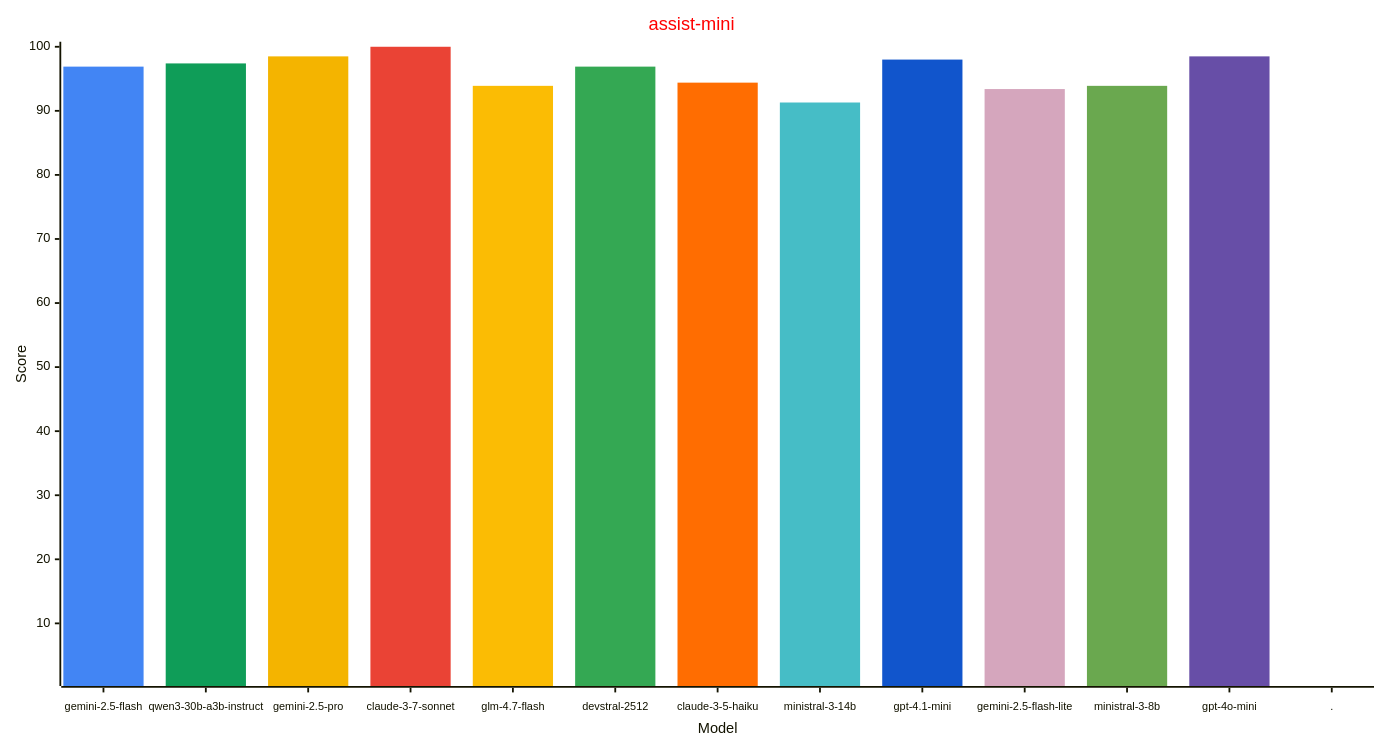
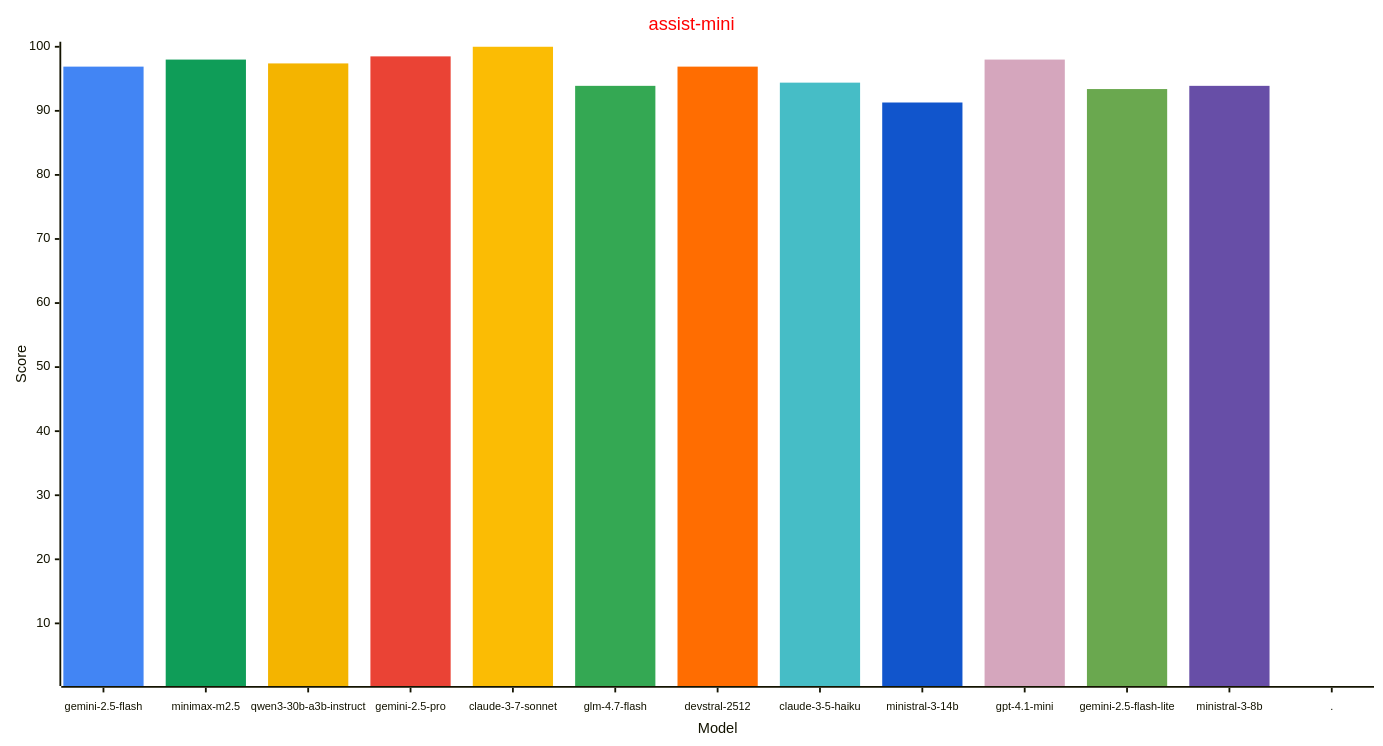
The second of 4 diagrams in reports/README.md (allenporter/home-assistant-datasets), drawn with Mermaid before and after one commit. The commit also changed other lines of this file and 1083 other files, not shown here.

````diff
--- a/reports/README.md
+++ b/reports/README.md
@@ -115,33 +116,33 @@
 ```mermaid
 ---
 config:
     xyChart:
         width: 1500
         height: 800
         xAxis:
           labelFontSize: 12
           labelPadding: 8
     themeVariables:
         xyChart:
             titleColor: "#ff0000"
             plotColorPalette: "#4285f4, #0f9d58, #f4b400, #ea4335, #fbbc04, #34a853, #ff6d01, #46bdc6, #1155cc, #d5a6bd, #6aa84f, #674ea7, #4285f4"
 
 ---
 xychart-beta
   title "assist-mini"
-  x-axis "Model" [gemini-2.5-flash, qwen3-30b-a3b-instruct, gemini-2.5-pro, claude-3-7-sonnet, glm-4.7-flash, devstral-2512, claude-3-5-haiku, ministral-3-14b, gpt-4.1-mini, gemini-2.5-flash-lite, ministral-3-8b, gpt-4o-mini, .]
+  x-axis "Model" [gemini-2.5-flash, minimax-m2.5, qwen3-30b-a3b-instruct, gemini-2.5-pro, claude-3-7-sonnet, glm-4.7-flash, devstral-2512, claude-3-5-haiku, ministral-3-14b, gpt-4.1-mini, gemini-2.5-flash-lite, ministral-3-8b, .]
   y-axis "Score" 1 --> 100
   bar [96.9, 0.0, 0.0, 0.0, 0.0, 0.0, 0.0, 0.0, 0.0, 0.0, 0.0, 0.0, 0.0]
-  bar [0.0, 97.4, 0.0, 0.0, 0.0, 0.0, 0.0, 0.0, 0.0, 0.0, 0.0, 0.0, 0.0]
-  bar [0.0, 0.0, 98.5, 0.0, 0.0, 0.0, 0.0, 0.0, 0.0, 0.0, 0.0, 0.0, 0.0]
-  bar [0.0, 0.0, 0.0, 100.0, 0.0, 0.0, 0.0, 0.0, 0.0, 0.0, 0.0, 0.0, 0.0]
-  bar [0.0, 0.0, 0.0, 0.0, 93.9, 0.0, 0.0, 0.0, 0.0, 0.0, 0.0, 0.0, 0.0]
-  bar [0.0, 0.0, 0.0, 0.0, 0.0, 96.9, 0.0, 0.0, 0.0, 0.0, 0.0, 0.0, 0.0]
-  bar [0.0, 0.0, 0.0, 0.0, 0.0, 0.0, 94.4, 0.0, 0.0, 0.0, 0.0, 0.0, 0.0]
-  bar [0.0, 0.0, 0.0, 0.0, 0.0, 0.0, 0.0, 91.3, 0.0, 0.0, 0.0, 0.0, 0.0]
-  bar [0.0, 0.0, 0.0, 0.0, 0.0, 0.0, 0.0, 0.0, 98.0, 0.0, 0.0, 0.0, 0.0]
-  bar [0.0, 0.0, 0.0, 0.0, 0.0, 0.0, 0.0, 0.0, 0.0, 93.4, 0.0, 0.0, 0.0]
-  bar [0.0, 0.0, 0.0, 0.0, 0.0, 0.0, 0.0, 0.0, 0.0, 0.0, 93.9, 0.0, 0.0]
-  bar [0.0, 0.0, 0.0, 0.0, 0.0, 0.0, 0.0, 0.0, 0.0, 0.0, 0.0, 98.5, 0.0]
+  bar [0.0, 98.0, 0.0, 0.0, 0.0, 0.0, 0.0, 0.0, 0.0, 0.0, 0.0, 0.0, 0.0]
+  bar [0.0, 0.0, 97.4, 0.0, 0.0, 0.0, 0.0, 0.0, 0.0, 0.0, 0.0, 0.0, 0.0]
+  bar [0.0, 0.0, 0.0, 98.5, 0.0, 0.0, 0.0, 0.0, 0.0, 0.0, 0.0, 0.0, 0.0]
+  bar [0.0, 0.0, 0.0, 0.0, 100.0, 0.0, 0.0, 0.0, 0.0, 0.0, 0.0, 0.0, 0.0]
+  bar [0.0, 0.0, 0.0, 0.0, 0.0, 93.9, 0.0, 0.0, 0.0, 0.0, 0.0, 0.0, 0.0]
+  bar [0.0, 0.0, 0.0, 0.0, 0.0, 0.0, 96.9, 0.0, 0.0, 0.0, 0.0, 0.0, 0.0]
+  bar [0.0, 0.0, 0.0, 0.0, 0.0, 0.0, 0.0, 94.4, 0.0, 0.0, 0.0, 0.0, 0.0]
+  bar [0.0, 0.0, 0.0, 0.0, 0.0, 0.0, 0.0, 0.0, 91.3, 0.0, 0.0, 0.0, 0.0]
+  bar [0.0, 0.0, 0.0, 0.0, 0.0, 0.0, 0.0, 0.0, 0.0, 98.0, 0.0, 0.0, 0.0]
+  bar [0.0, 0.0, 0.0, 0.0, 0.0, 0.0, 0.0, 0.0, 0.0, 0.0, 93.4, 0.0, 0.0]
+  bar [0.0, 0.0, 0.0, 0.0, 0.0, 0.0, 0.0, 0.0, 0.0, 0.0, 0.0, 93.9, 0.0]
   bar [0.0, 0.0, 0.0, 0.0, 0.0, 0.0, 0.0, 0.0, 0.0, 0.0, 0.0, 0.0, -1.0]
 ```
````
